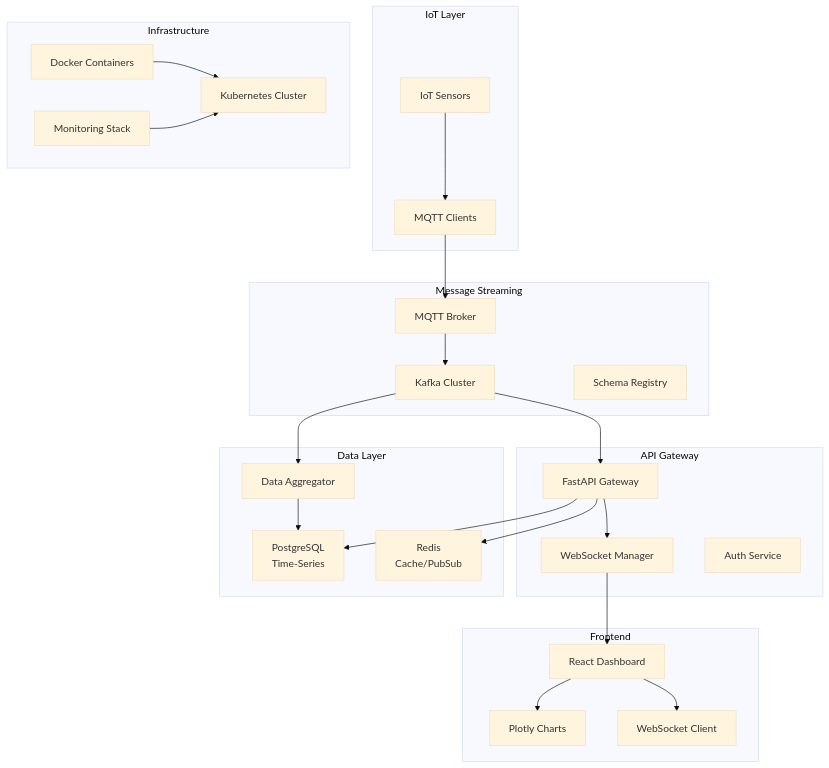
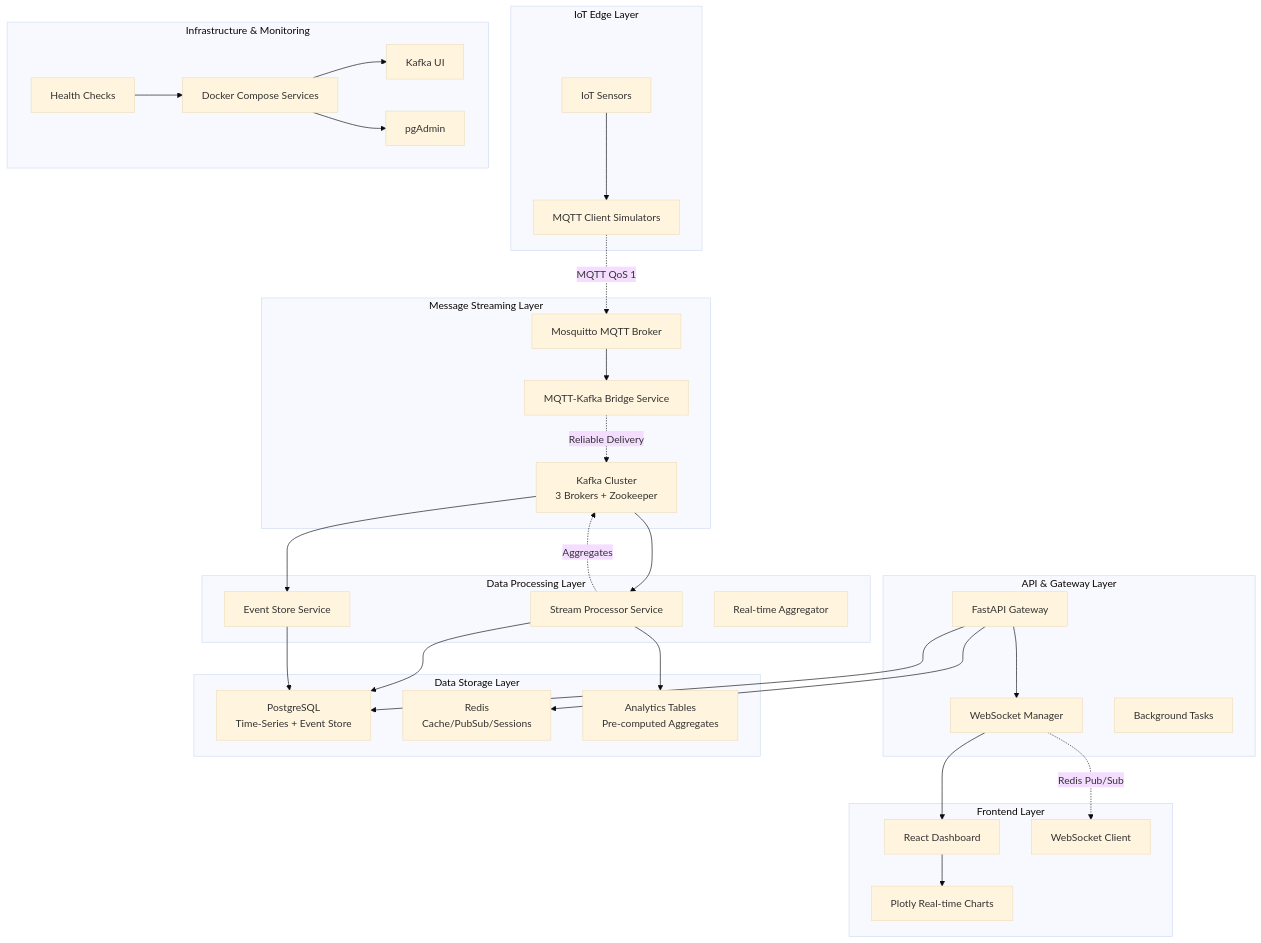
Before and after one commit to A1doranM/HowProgrammingWork: the first of 6 diagrams in Microservices with Node and React/23. Interview Preparation/2. Project architecture.md, drawn with Mermaid (base theme). The commit also changed other lines of this file and 1 other file, not shown here.

````diff
--- a/Microservices with Node and React/23. Interview Preparation/2. Project architecture.md
+++ b/Microservices with Node and React/23. Interview Preparation/2. Project architecture.md
@@ -10,53 +11,66 @@
 ```mermaid
 graph TB
-    subgraph "IoT Layer"
+    subgraph "IoT Edge Layer"
         A1[IoT Sensors]
-        A2[MQTT Clients]
+        A2[MQTT Client Simulators]
     end
     
-    subgraph "Message Streaming"
-        B1[MQTT Broker]
-        B2[Kafka Cluster]
-        B3[Schema Registry]
+    subgraph "Message Streaming Layer"
+        B1[Mosquitto MQTT Broker]
+        B2[MQTT-Kafka Bridge Service]
+        B3[Kafka Cluster<br/>3 Brokers + Zookeeper]
     end
     
-    subgraph "API Gateway"
-        C1[FastAPI Gateway]
-        C2[WebSocket Manager]
-        C3[Auth Service]
+    subgraph "Data Processing Layer"
+        C1[Stream Processor Service]
+        C2[Event Store Service]
+        C3[Real-time Aggregator]
     end
     
-    subgraph "Data Layer"
-        D1[PostgreSQL<br/>Time-Series]
-        D2[Redis<br/>Cache/PubSub]
-        D3[Data Aggregator]
+    subgraph "API & Gateway Layer"
+        D1[FastAPI Gateway]
+        D2[WebSocket Manager]
+        D3[Background Tasks]
     end
     
-    subgraph "Frontend"
-        E1[React Dashboard]
-        E2[Plotly Charts]
-        E3[WebSocket Client]
+    subgraph "Data Storage Layer"
+        E1[PostgreSQL<br/>Time-Series + Event Store]
+        E2[Redis<br/>Cache/PubSub/Sessions]
+        E3[Analytics Tables<br/>Pre-computed Aggregates]
     end
     
-    subgraph "Infrastructure"
-        F1[Docker Containers]
-        F2[Kubernetes Cluster]
-        F3[Monitoring Stack]
+    subgraph "Frontend Layer"
+        F1[React Dashboard]
+        F2[Plotly Real-time Charts]
+        F3[WebSocket Client]
+    end
+    
+    subgraph "Infrastructure & Monitoring"
+        G1[Docker Compose Services]
+        G2[Kafka UI]
+        G3[pgAdmin]
+        G4[Health Checks]
     end
     
     A1 --> A2
-    A2 --> B1
+    A2 -.->|MQTT QoS 1| B1
     B1 --> B2
-    B2 --> C1
-    C1 --> C2
-    C1 --> D1
-    C1 --> D2
+    B2 -.->|Reliable Delivery| B3
+    B3 --> C1
+    B3 --> C2
+    C1 --> E1
+    C1 --> E3
     C2 --> E1
-    E1 --> E2
-    E1 --> E3
-    D3 --> D1
-    B2 --> D3
+    C1 -.->|Aggregates| B3
     
+    D1 --> E1
+    D1 --> E2
+    D1 --> D2
+    D2 -.->|Redis Pub/Sub| F3
+    D2 --> F1
     F1 --> F2
-    F3 --> F2
+    
+    G1 --> G2
+    G1 --> G3
+    G4 --> G1
 ```
````
